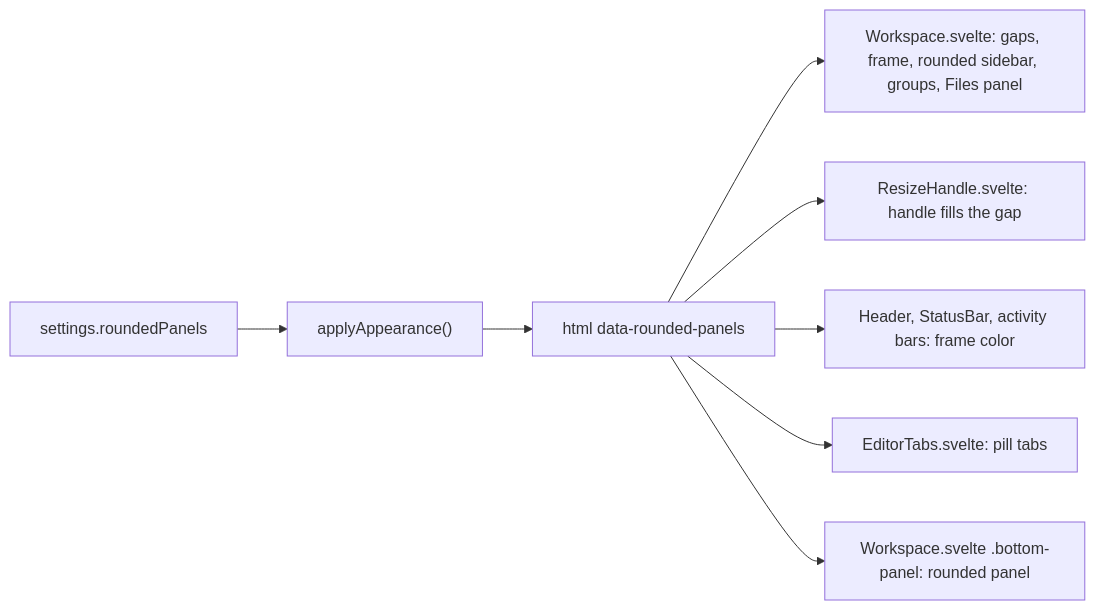
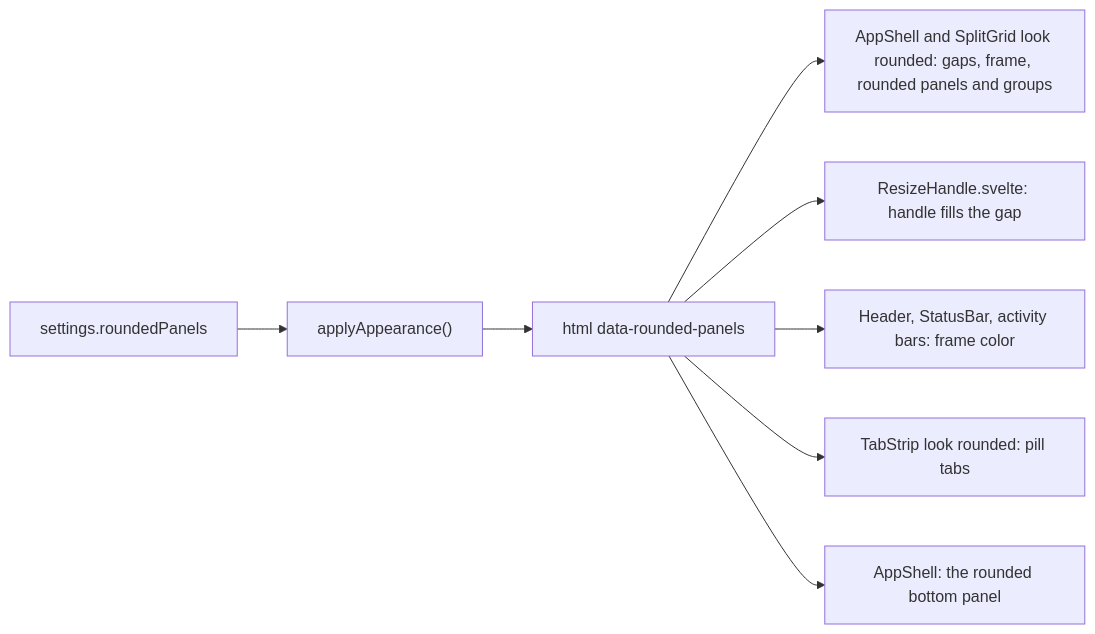
The first of 2 diagrams in docs/wiki/developer/How-Rounded-Panels-Work.md (shibbirweb/git-manager), drawn with Mermaid before and after one commit. The commit also changed other lines of this file and 453 other files, not shown here.

Commit message:
feat:[GM-106] app migration onto the UI library finished: every screen on library components, activity bars flush with the window in rounded mode

````diff
--- a/docs/wiki/developer/How-Rounded-Panels-Work.md
+++ b/docs/wiki/developer/How-Rounded-Panels-Work.md
@@ -13,10 +13,10 @@
 ```mermaid
 flowchart LR
   S["settings.roundedPanels"] --> A["applyAppearance()"]
   A --> H["html data-rounded-panels"]
-  H --> W["Workspace.svelte: gaps, frame, rounded sidebar, groups, Files panel"]
+  H --> W["AppShell and SplitGrid look rounded: gaps, frame, rounded panels and groups"]
   H --> R["ResizeHandle.svelte: handle fills the gap"]
   H --> F["Header, StatusBar, activity bars: frame color"]
-  H --> T["EditorTabs.svelte: pill tabs"]
-  H --> P["Workspace.svelte .bottom-panel: rounded panel"]
+  H --> T["TabStrip look rounded: pill tabs"]
+  H --> P["AppShell: the rounded bottom panel"]
 ```
````
